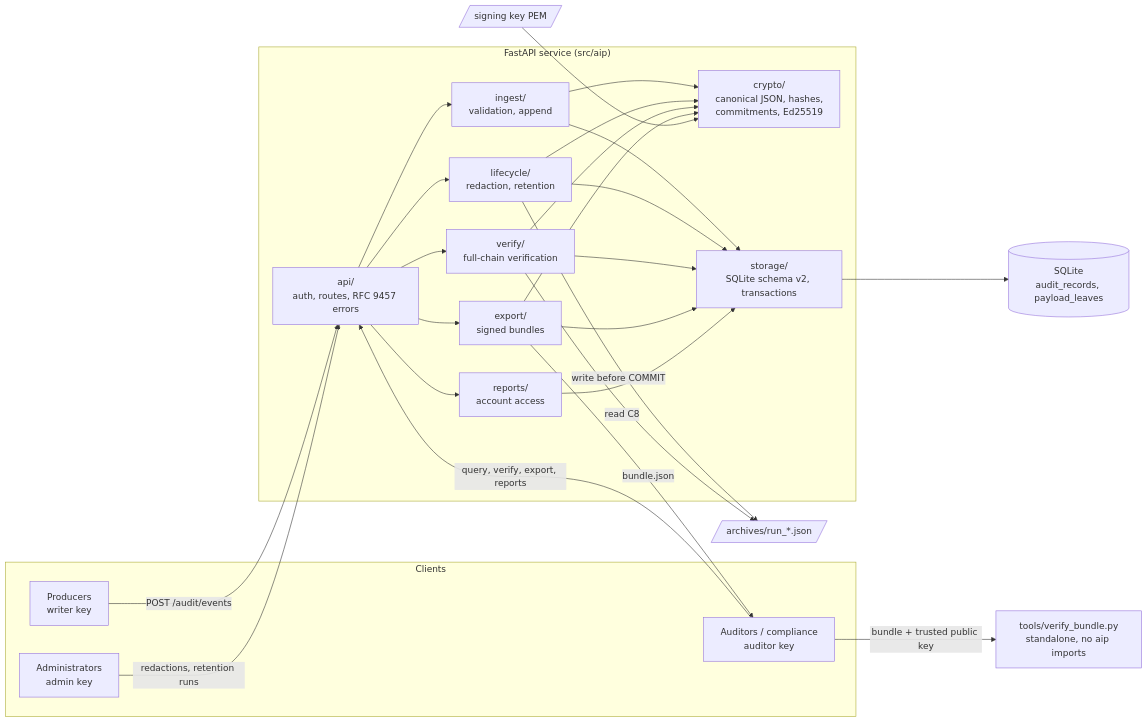
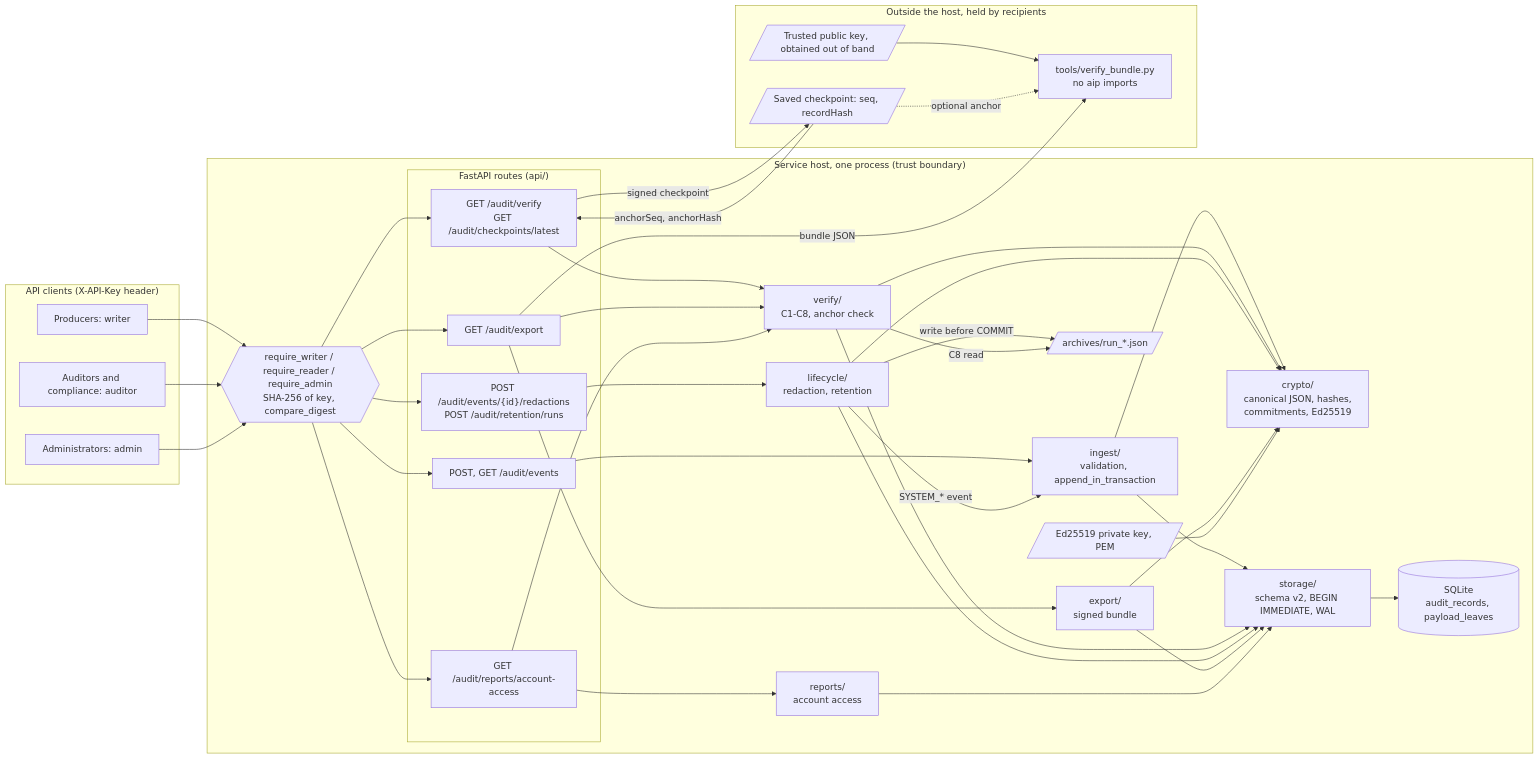
The first of 4 diagrams in docs/ARCHITECTURE.md (Lakshmij12/audit-integrity-platform), drawn with Mermaid before and after one commit. The commit also changed other lines of this file and 27 other files, not shown here.

First line of the commit message:
feat: OpenAPI auth scheme, Scenario C per-event integrity, engineering docs and benchmark

````diff
--- a/docs/ARCHITECTURE.md
+++ b/docs/ARCHITECTURE.md
@@ -6,35 +16,56 @@
 ```mermaid
 flowchart LR
-    subgraph Clients
-        P[Producers<br/>writer key]
-        AU[Auditors / compliance<br/>auditor key]
-        AD[Administrators<br/>admin key]
+    subgraph Clients["API clients (X-API-Key header)"]
+        W["Producers: writer"]
+        A["Auditors and compliance: auditor"]
+        AD["Administrators: admin"]
     end
-    subgraph Service["FastAPI service (src/aip)"]
-        API[api/<br/>auth, routes, RFC 9457 errors]
-        ING[ingest/<br/>validation, append]
-        LIF[lifecycle/<br/>redaction, retention]
-        VER[verify/<br/>full-chain verification]
-        EXP[export/<br/>signed bundles]
-        REP[reports/<br/>account access]
-        CRY[crypto/<br/>canonical JSON, hashes,<br/>commitments, Ed25519]
-        STO[storage/<br/>SQLite schema v2, transactions]
+    subgraph Host["Service host, one process (trust boundary)"]
+        AUTH{{"require_writer / require_reader / require_admin<br/>SHA-256 of key, compare_digest"}}
+        subgraph Routes["FastAPI routes (api/)"]
+            RE["POST, GET /audit/events"]
+            RV["GET /audit/verify<br/>GET /audit/checkpoints/latest"]
+            RL["POST /audit/events/{id}/redactions<br/>POST /audit/retention/runs"]
+            RX["GET /audit/export"]
+            RR["GET /audit/reports/account-access"]
+        end
+        ING["ingest/<br/>validation, append_in_transaction"]
+        VER["verify/<br/>C1-C8, anchor check"]
+        LIF["lifecycle/<br/>redaction, retention"]
+        EXP["export/<br/>signed bundle"]
+        REP["reports/<br/>account access"]
+        CRY["crypto/<br/>canonical JSON, hashes,<br/>commitments, Ed25519"]
+        STO["storage/<br/>schema v2, BEGIN IMMEDIATE, WAL"]
+        DB[("SQLite<br/>audit_records, payload_leaves")]
+        ARC[/"archives/run_*.json"/]
+        KEY[/"Ed25519 private key, PEM"/]
     end
-    DB[(SQLite<br/>audit_records, payload_leaves)]
-    ARC[/archives/run_*.json/]
-    KEY[/signing key PEM/]
-    VB[tools/verify_bundle.py<br/>standalone, no aip imports]
-
-    P -->|POST /audit/events| API
-    AU -->|query, verify, export, reports| API
-    AD -->|redactions, retention runs| API
-    API --> ING & LIF & VER & EXP & REP
-    ING & LIF & VER & EXP & REP --> STO
-    ING & LIF & VER & EXP --> CRY
+    subgraph Outside["Outside the host, held by recipients"]
+        CP[/"Saved checkpoint: seq, recordHash"/]
+        TK[/"Trusted public key, obtained out of band"/]
+        VB["tools/verify_bundle.py<br/>no aip imports"]
+    end
+    W --> AUTH
+    A --> AUTH
+    AD --> AUTH
+    AUTH --> RE & RV & RL & RX & RR
+    RE --> ING
+    RV --> VER
+    RL --> LIF
+    RX --> VER
+    RX --> EXP
+    RR --> VER
+    RR --> REP
+    LIF -->|"SYSTEM_* event"| ING
+    ING & VER & LIF & EXP & REP --> STO
     STO --> DB
-    LIF -->|write before COMMIT| ARC
-    VER -->|read C8| ARC
+    ING & VER & LIF & EXP --> CRY
     KEY --> CRY
-    EXP -->|bundle.json| AU
-    AU -->|bundle + trusted public key| VB
+    LIF -->|"write before COMMIT"| ARC
+    VER -->|"C8 read"| ARC
+    RV -->|"signed checkpoint"| CP
+    CP -->|"anchorSeq, anchorHash"| RV
+    RX -->|"bundle JSON"| VB
+    TK --> VB
+    CP -.->|"optional anchor"| VB
 ```
````
